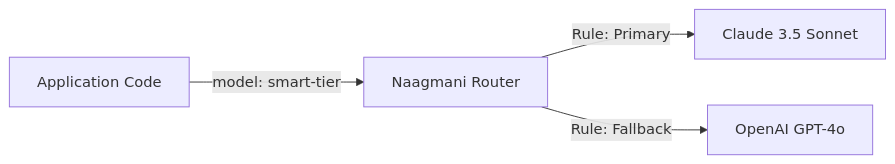
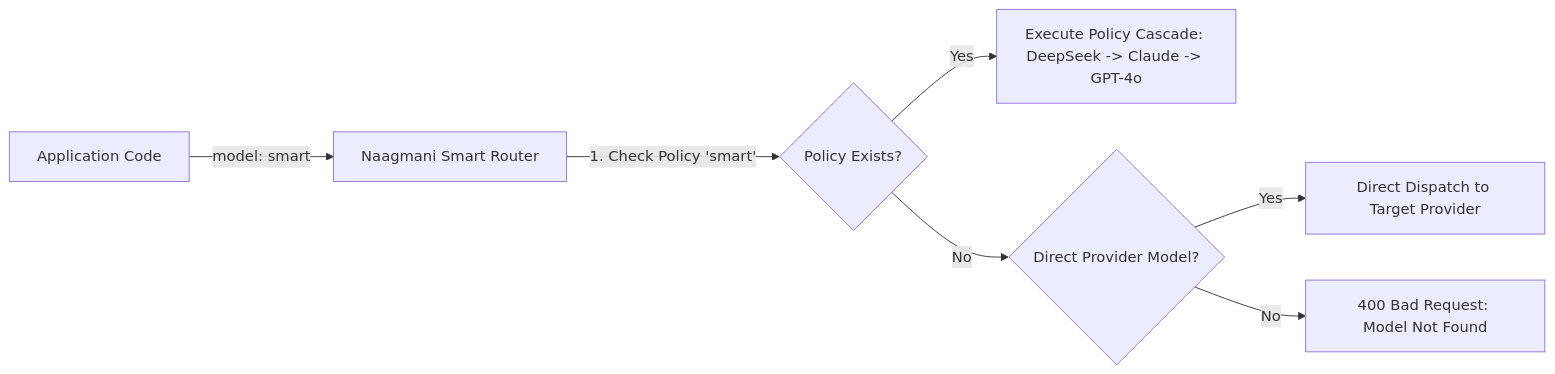
Before and after one commit to bhakha-services/naagmani-docs: the diagram in docs/concepts/models.md, drawn with Mermaid. The commit also changed other lines of this file and 4 other files, not shown here.

````diff
--- a/docs/concepts/models.md
+++ b/docs/concepts/models.md
@@ -11,6 +5,9 @@
 ```mermaid
 graph LR
-    App["Application Code"] -->|model: smart-tier| Router["Naagmani Router"]
-    Router -->|Rule: Primary| C35["Claude 3.5 Sonnet"]
-    Router -->|Rule: Fallback| G4O["OpenAI GPT-4o"]
+    App["Application Code"] -->|model: smart| Router["Naagmani Smart Router"]
+    Router -->|1. Check Policy 'smart'| Found{"Policy Exists?"}
+    Found -->|Yes| Exec["Execute Policy Cascade: DeepSeek -> Claude -> GPT-4o"]
+    Found -->|No| CheckModel{"Direct Provider Model?"}
+    CheckModel -->|Yes| Direct["Direct Dispatch to Target Provider"]
+    CheckModel -->|No| Err["400 Bad Request: Model Not Found"]
 ```
````
